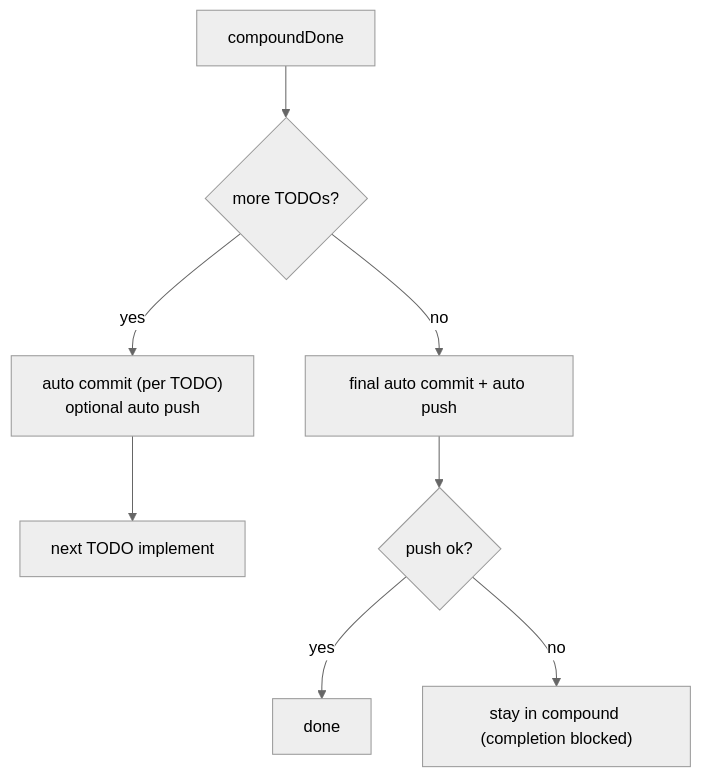
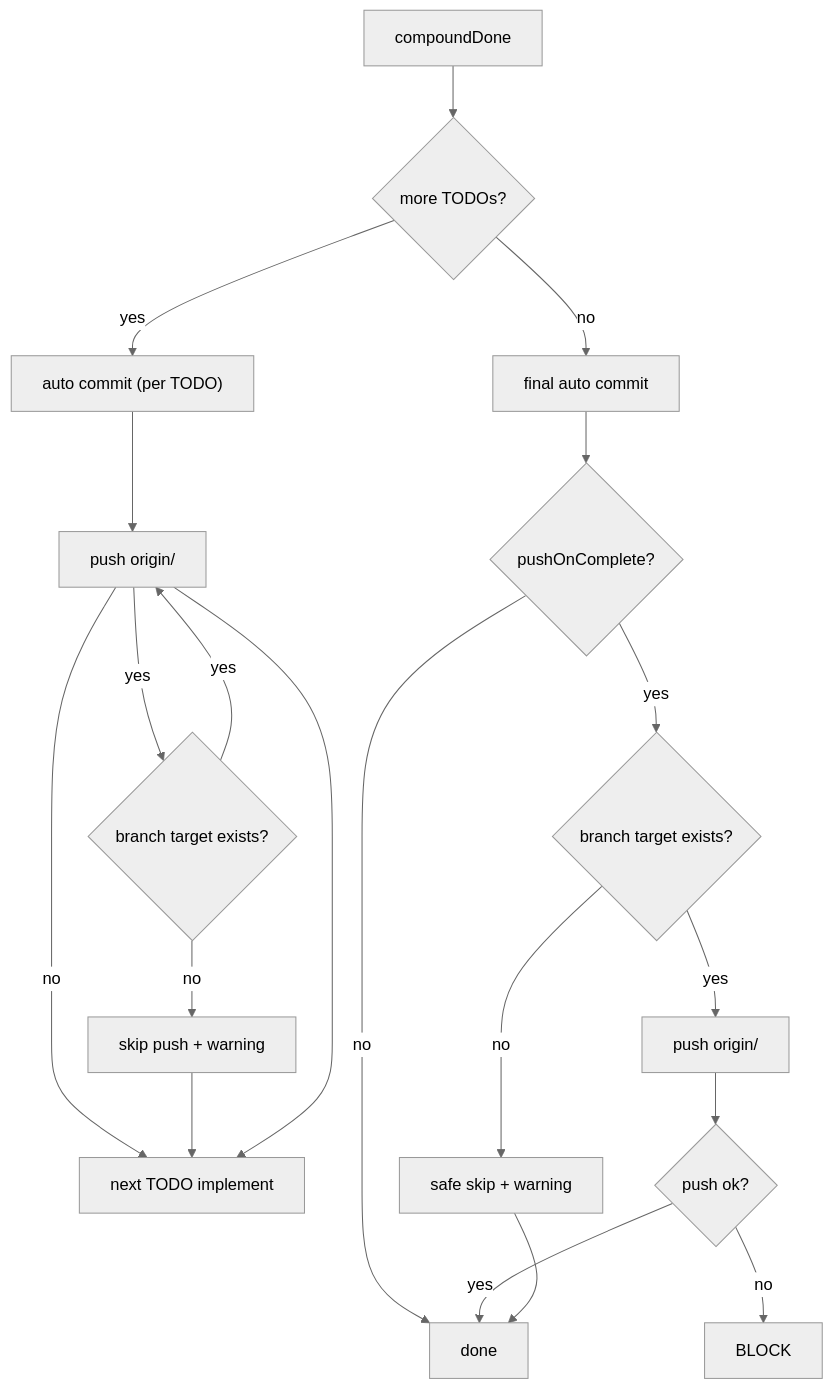
The third of 10 diagrams in ARCHITECTURE.md (popododo0720/pi-stuff), drawn with Mermaid (neutral theme) before and after one commit. The commit also changed other lines of this file and 4 other files, not shown here.

````diff
--- a/ARCHITECTURE.md
+++ b/ARCHITECTURE.md
@@ -91,10 +96,23 @@
 ```mermaid
 flowchart TD
     COMP["compoundDone"] --> MORE{"more TODOs?"}
-    MORE -->|yes| TODOGIT["auto commit (per TODO)<br/>optional auto push"]
-    TODOGIT --> NEXT["next TODO implement"]
-    MORE -->|no| FINALGIT["final auto commit + auto push"]
-    FINALGIT --> PUSHOK{"push ok?"}
-    PUSHOK -->|yes| DONE["done"]
-    PUSHOK -->|no| BLOCK["stay in compound (completion blocked)"]
+    MORE -->|yes| TODOGIT["auto commit (per TODO)"]
+    TODOGIT --> TODOPUSH{"pushPerTodo?"}
+    TODOPUSH -->|no| NEXT["next TODO implement"]
+    TODOPUSH -->|yes| TODOTARGET{"branch target exists?"}
+    TODOTARGET -->|no| TODOWARN["skip push + warning"]
+    TODOTARGET -->|yes| TODOPUSH["push origin/<branch>"]
+    TODOWARN --> NEXT
+    TODOPUSH --> NEXT
+
+    MORE -->|no| FINALCOMMIT["final auto commit"]
+    FINALCOMMIT --> FINALPUSH{"pushOnComplete?"}
+    FINALPUSH -->|no| DONE["done"]
+    FINALPUSH -->|yes| FINALTARGET{"branch target exists?"}
+    FINALTARGET -->|no| FINALSKIP["safe skip + warning"]
+    FINALTARGET -->|yes| FINALRUN["push origin/<branch>"]
+    FINALRUN --> PUSHOK{"push ok?"}
+    PUSHOK -->|yes| DONE
+    PUSHOK -->|no| BLOCK
+    FINALSKIP --> DONE
 ```
````
